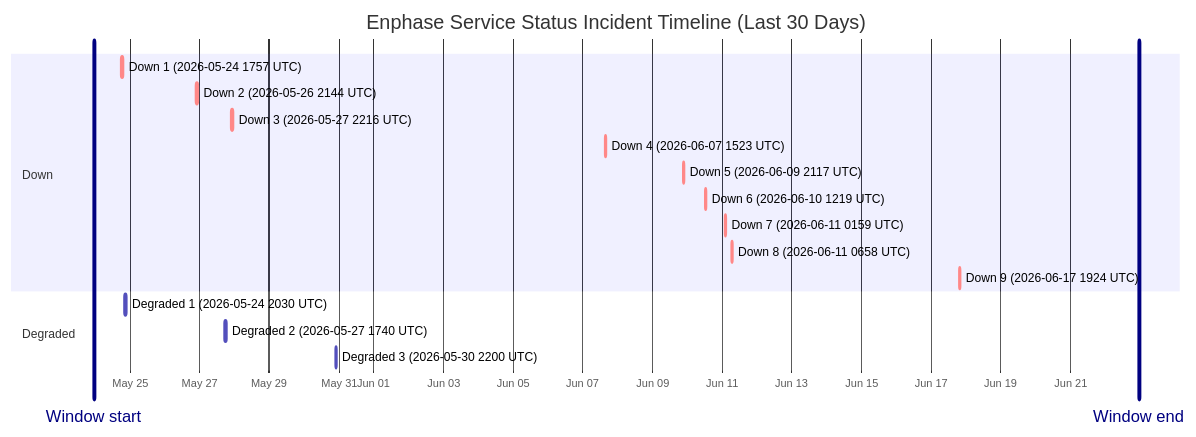
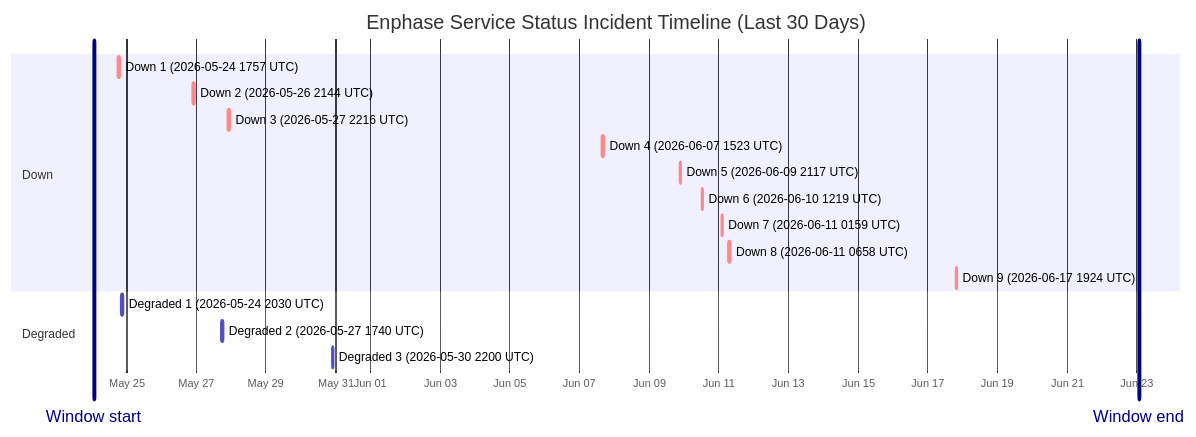
Before and after one commit to barneyonline/ha-enphase-energy: the diagram in wiki/Service-Status-History.md, drawn with Mermaid. The commit also changed other lines of this file and 3 other files, not shown here.

````diff
--- a/wiki/Service-Status-History.md
+++ b/wiki/Service-Status-History.md
@@ -14,22 +14,22 @@
 ```mermaid
 gantt
     title Enphase Service Status Incident Timeline (Last 30 Days)
     dateFormat  YYYY-MM-DDTHH:mm:ss
     axisFormat  %b %d
-    Window start :vert, window-start, 2026-05-23T23:17:49, 0ms
-    Window end :vert, window-end, 2026-06-22T23:17:49, 0ms
+    Window start :vert, window-start, 2026-05-24T01:29:45, 0ms
+    Window end :vert, window-end, 2026-06-23T01:29:45, 0ms
     section Down
     Down 1 (2026-05-24 1757 UTC) :crit, down-1, 2026-05-24T17:57:41, 86m
     Down 2 (2026-05-26 2144 UTC) :crit, down-2, 2026-05-26T21:44:11, 85m
     Down 3 (2026-05-27 2216 UTC) :crit, down-3, 2026-05-27T22:16:53, 87m
     Down 4 (2026-06-07 1523 UTC) :crit, down-4, 2026-06-07T15:23:22, 87m
     Down 5 (2026-06-09 2117 UTC) :crit, down-5, 2026-06-09T21:17:17, 60m
     Down 6 (2026-06-10 1219 UTC) :crit, down-6, 2026-06-10T12:19:21, 60m
     Down 7 (2026-06-11 0159 UTC) :crit, down-7, 2026-06-11T01:59:36, 60m
     Down 8 (2026-06-11 0658 UTC) :crit, down-8, 2026-06-11T06:58:45, 60m
     Down 9 (2026-06-17 1924 UTC) :crit, down-9, 2026-06-17T19:24:51, 60m
     section Degraded
     Degraded 1 (2026-05-24 2030 UTC) :active, degraded-1, 2026-05-24T20:30:57, 84m
     Degraded 2 (2026-05-27 1740 UTC) :active, degraded-2, 2026-05-27T17:40:52, 60m
     Degraded 3 (2026-05-30 2200 UTC) :active, degraded-3, 2026-05-30T22:00:37, 60m
 ```
````
